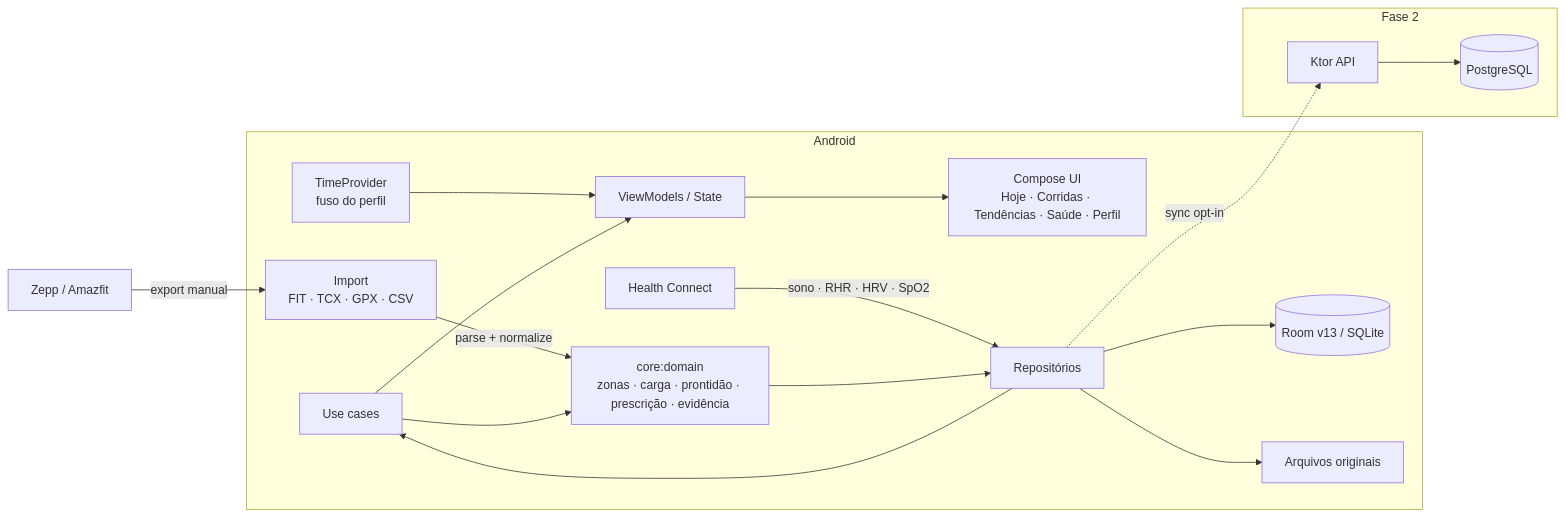
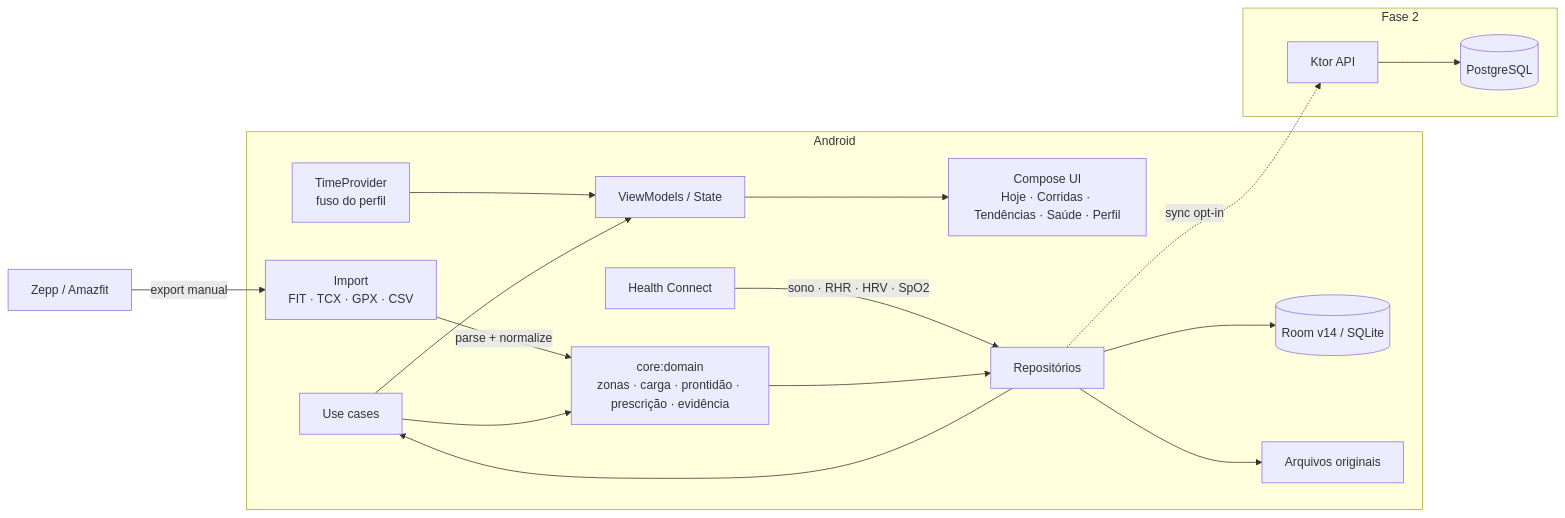
The first of 2 diagrams in docs/ARCHITECTURE.md (rafaelclima/meucoach), drawn with Mermaid before and after one commit. The commit also changed other lines of this file and 40 other files, not shown here.

````diff
--- a/docs/ARCHITECTURE.md
+++ b/docs/ARCHITECTURE.md
@@ -16,31 +16,31 @@
 ```mermaid
 flowchart LR
     subgraph Android
         UI[Compose UI\nHoje · Corridas · Tendências · Saúde · Perfil]
         VM[ViewModels / State]
         UC[Use cases]
         DOM[core:domain\nzonas · carga · prontidão · prescrição · evidência]
         TIME[TimeProvider\nfuso do perfil]
         REPO[Repositórios]
-        ROOM[(Room v13 / SQLite)]
+        ROOM[(Room v14 / SQLite)]
         HC[Health Connect]
         IMP[Import\nFIT · TCX · GPX · CSV]
         FS[Arquivos originais]
     end
 
     ZEPP[Zepp / Amazfit] -->|export manual| IMP
     HC -->|sono · RHR · HRV · SpO2| REPO
     IMP -->|parse + normalize| DOM
     DOM --> REPO
     REPO --> ROOM
     REPO --> FS
     TIME --> VM
     REPO --> UC --> VM --> UI
     UC --> DOM
 
     subgraph Fase 2
         API[Ktor API]
         PG[(PostgreSQL)]
         REPO -.->|sync opt-in| API --> PG
     end
 ```
````
